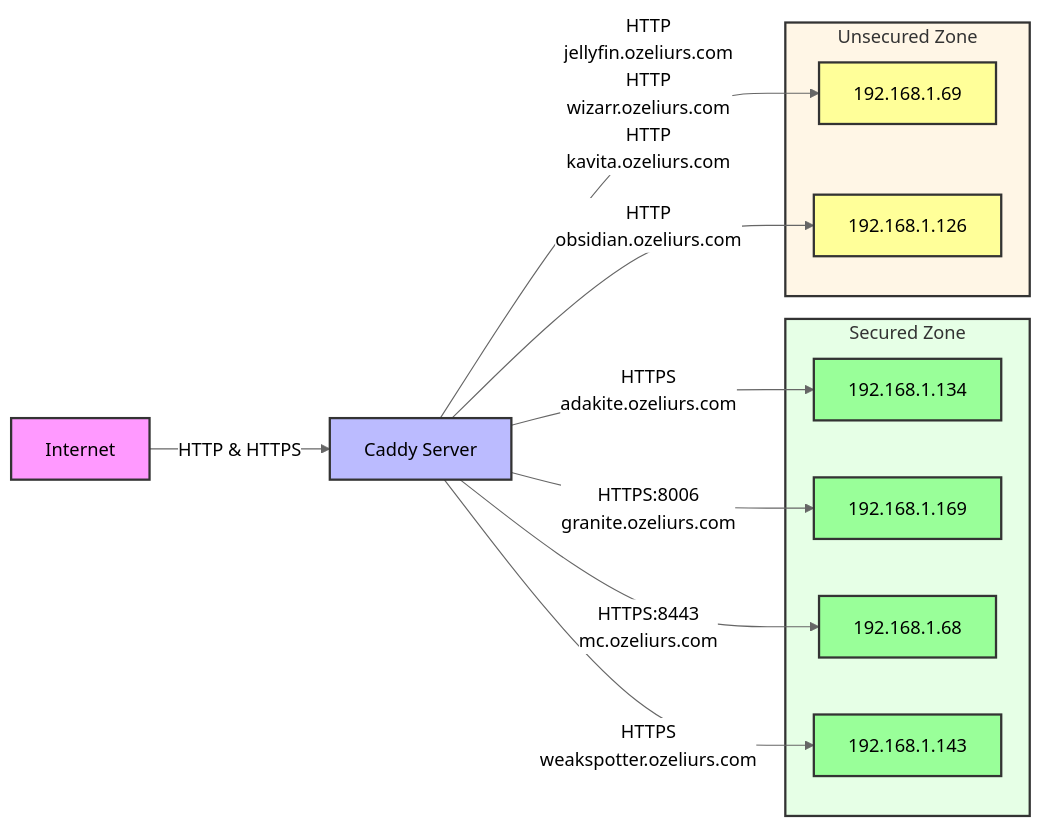
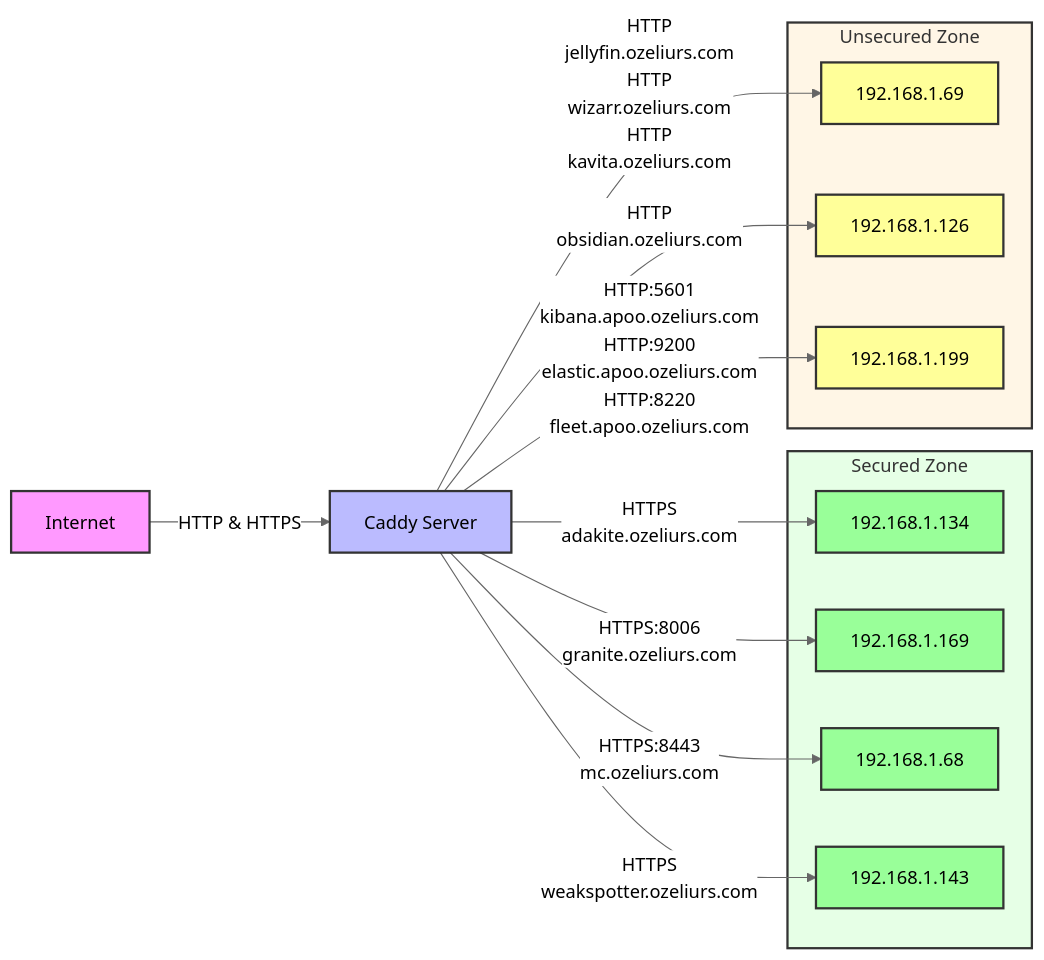
The diagram in README.md (ozeliurs/dc-reverse-proxy-config), drawn with Mermaid (neutral theme) before and after one commit. The commit also changed 1 other file, not shown here.

Commit message:
Generate and update Caddyfile, Mermaid diagram, and Dockerfile

````diff
--- a/README.md
+++ b/README.md
@@ -34,48 +34,51 @@
 ```mermaid
 graph LR
     %% Style definitions
     classDef internet fill:#f9f,stroke:#333,stroke-width:2px;
     classDef proxy fill:#bbf,stroke:#333,stroke-width:2px;
     classDef backend fill:#bfb,stroke:#333,stroke-width:2px;
     classDef secure fill:#9f9,stroke:#333,stroke-width:2px;
     classDef unsecure fill:#ff9,stroke:#333,stroke-width:2px;
 
     %% Nodes
     I[Internet]
     C[Caddy Server]
 
     %% Apply styles
     class I internet
     class C proxy
 
     %% Base connections
     I -->|HTTP & HTTPS| C
 
     %% Backend groups
     subgraph Secured[Secured Zone]
         style Secured fill:#e6ffe6,stroke:#333,stroke-width:2px
         S0[192.168.1.134]
         class S0 secure
         S1[192.168.1.169]
         class S1 secure
         S2[192.168.1.68]
         class S2 secure
         S3[192.168.1.143]
         class S3 secure
     end
 
     subgraph Unsecured[Unsecured Zone]
         style Unsecured fill:#fff6e6,stroke:#333,stroke-width:2px
         U0[192.168.1.69]
         class U0 unsecure
         U1[192.168.1.126]
         class U1 unsecure
+        U2[192.168.1.199]
+        class U2 unsecure
     end
 
     C -->|HTTPS<br>adakite.ozeliurs.com| S0
     C -->|HTTP<br>jellyfin.ozeliurs.com<br>HTTP<br>wizarr.ozeliurs.com<br>HTTP<br>kavita.ozeliurs.com| U0
     C -->|HTTPS:8006<br>granite.ozeliurs.com| S1
     C -->|HTTPS:8443<br>mc.ozeliurs.com| S2
     C -->|HTTP<br>obsidian.ozeliurs.com| U1
     C -->|HTTPS<br>weakspotter.ozeliurs.com| S3
+    C -->|HTTP:5601<br>kibana.apoo.ozeliurs.com<br>HTTP:9200<br>elastic.apoo.ozeliurs.com<br>HTTP:8220<br>fleet.apoo.ozeliurs.com| U2
 ```
````
